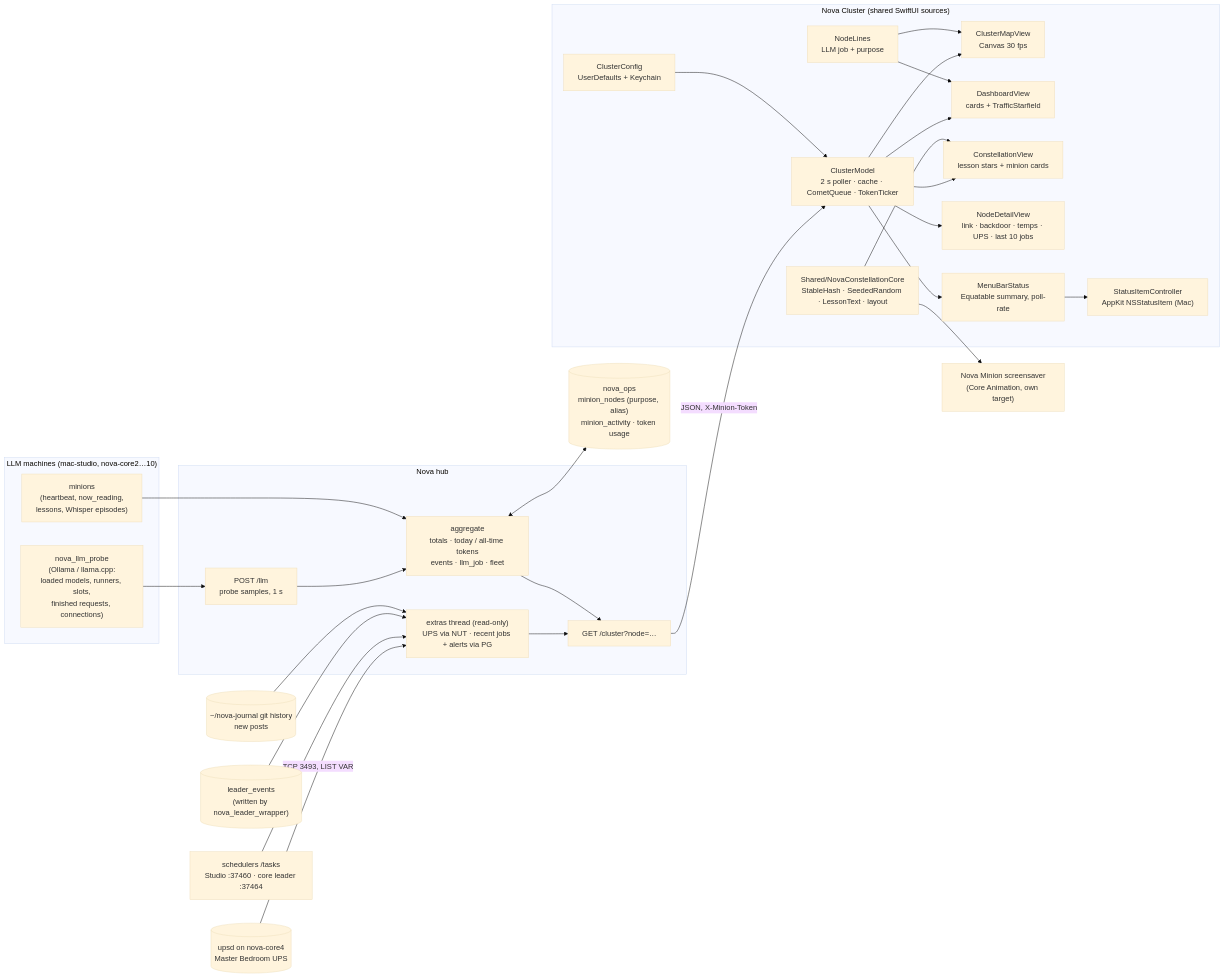
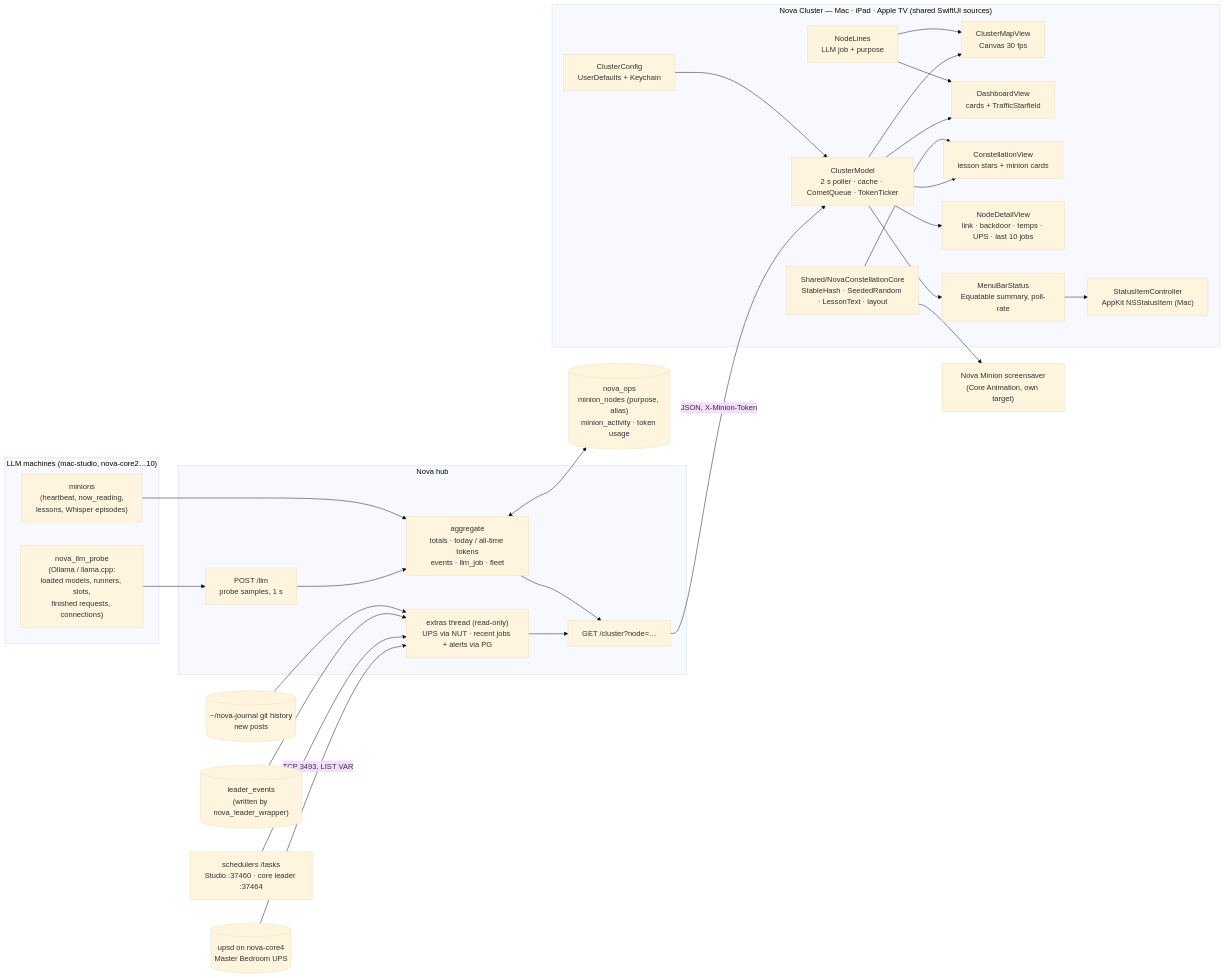
One commit to kochj23/nova changed the first of 2 diagrams in apps/NovaCluster/README.md. Above: the diagram before and after it, drawn with Mermaid (base theme). The commit also changed other lines of this file and 8 other files, not shown here.

First line of the commit message:
Nova Cluster: Apple TV target (Nova wish #60) + hub by DNS name

````diff
--- a/apps/NovaCluster/README.md
+++ b/apps/NovaCluster/README.md
@@ -175,43 +176,43 @@
 ```mermaid
 flowchart LR
     subgraph Machines["LLM machines (mac-studio, nova-core2…10)"]
         P["nova_llm_probe<br/>(Ollama / llama.cpp:<br/>loaded models, runners, slots,<br/>finished requests, connections)"]
         M["minions<br/>(heartbeat, now_reading,<br/>lessons, Whisper episodes)"]
     end
     subgraph Hub["Nova hub"]
         LLM["POST /llm<br/>probe samples, 1 s"]
         AGG["aggregate<br/>totals · today / all-time tokens<br/>events · llm_job · fleet"]
         CL["GET /cluster?node=…"]
         EX["extras thread (read-only)<br/>UPS via NUT · recent jobs + alerts via PG"]
     end
     NUT[("upsd on nova-core4<br/>Master Bedroom UPS")]
     NUT -- "TCP 3493, LIST VAR" --> EX
     SCH["schedulers /tasks<br/>Studio :37460 · core leader :37464"] --> EX
     LE[("leader_events<br/>(written by nova_leader_wrapper)")] --> EX
     JR[("~/nova-journal git history<br/>new posts")] --> EX
     EX --> CL
     PG[("nova_ops<br/>minion_nodes (purpose, alias)<br/>minion_activity · token usage")]
     P --> LLM --> AGG
     M --> AGG
     AGG <--> PG
     AGG --> CL
-    subgraph App["Nova Cluster (shared SwiftUI sources)"]
+    subgraph App["Nova Cluster — Mac · iPad · Apple TV (shared SwiftUI sources)"]
         CM["ClusterModel<br/>2 s poller · cache · CometQueue · TokenTicker"]
         CFG["ClusterConfig<br/>UserDefaults + Keychain"]
         MAP["ClusterMapView<br/>Canvas 30 fps"]
         DASH["DashboardView<br/>cards + TrafficStarfield"]
         CON["ConstellationView<br/>lesson stars + minion cards"]
         DET["NodeDetailView<br/>link · backdoor · temps · UPS · last 10 jobs"]
         MBS["MenuBarStatus<br/>Equatable summary, poll-rate"]
         SIC["StatusItemController<br/>AppKit NSStatusItem (Mac)"]
         CORE["Shared/NovaConstellationCore<br/>StableHash · SeededRandom · LessonText · layout"]
         NL["NodeLines<br/>LLM job + purpose"]
     end
     CL -- "JSON, X-Minion-Token" --> CM
     CFG --> CM
     CM --> MAP & DASH & CON & DET
     CM --> MBS --> SIC
     CORE --> CON
     CORE --> SAVER["Nova Minion screensaver<br/>(Core Animation, own target)"]
     NL --> MAP & DASH
 ```
````
